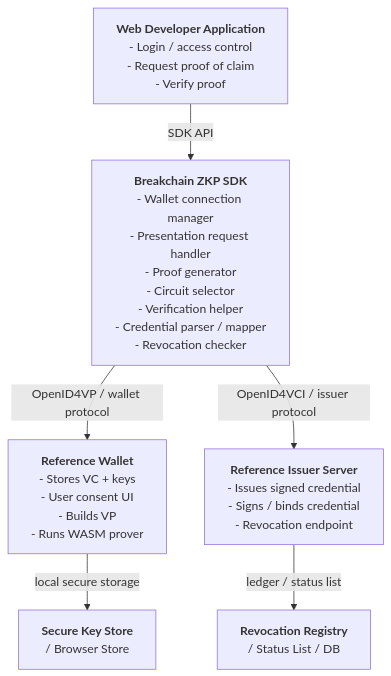
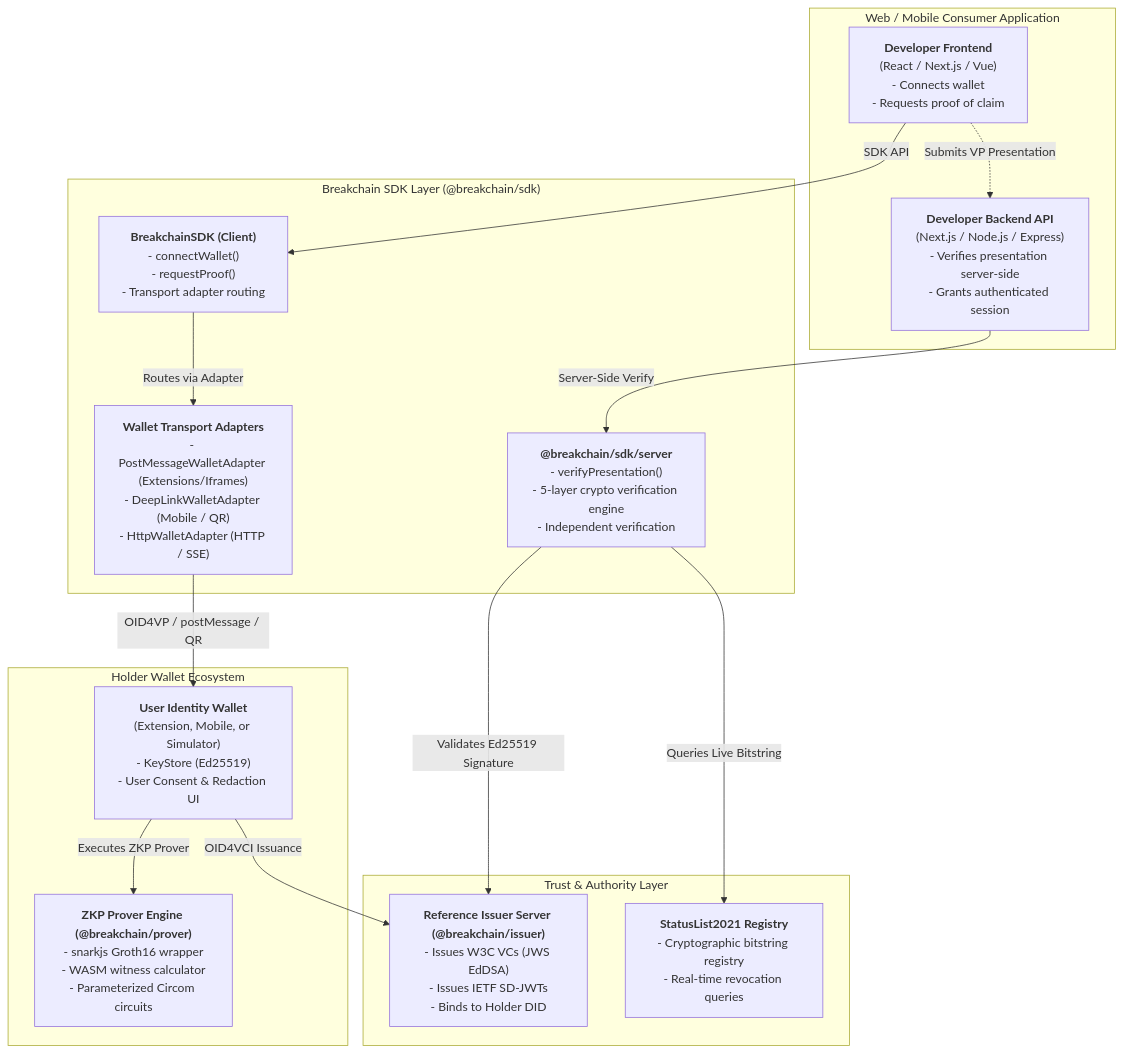
The diagram in docs/System Architecture.md (Knight-eGithub/BreakChain), drawn with Mermaid before and after one commit. The commit also changed other lines of this file and 13 other files, not shown here.

Commit message:
chore: migrate docs, add dx guide, and clean up architecture diagrams

````diff
--- a/docs/System Architecture.md
+++ b/docs/System Architecture.md
@@ -5,16 +10,35 @@
 ```mermaid
 graph TD
-    App["<b>Web Developer Application</b><br/>- Login / access control<br/>- Request proof of claim<br/>- Verify proof"]
-    SDK["<b>Breakchain ZKP SDK</b><br/>- Wallet connection manager<br/>- Presentation request handler<br/>- Proof generator<br/>- Circuit selector<br/>- Verification helper<br/>- Credential parser / mapper<br/>- Revocation checker"]
-    Wallet["<b>Reference Wallet</b><br/>- Stores VC + keys<br/>- User consent UI<br/>- Builds VP<br/>- Runs WASM prover"]
-    Issuer["<b>Reference Issuer Server</b><br/>- Issues signed credential<br/>- Signs / binds credential<br/>- Revocation endpoint"]
-    Store["<b>Secure Key Store</b><br/>/ Browser Store"]
-    Registry["<b>Revocation Registry</b><br/>/ Status List / DB"]
+    subgraph Consumer Application ["Web / Mobile Consumer Application"]
+        Frontend["<b>Developer Frontend</b><br/>(React / Next.js / Vue)<br/>- Connects wallet<br/>- Requests proof of claim"]
+        Backend["<b>Developer Backend API</b><br/>(Next.js / Node.js / Express)<br/>- Verifies presentation server-side<br/>- Grants authenticated session"]
+    end
 
-    App -- "SDK API" --> SDK
-    SDK -- "OpenID4VP / wallet protocol" --> Wallet
-    SDK -- "OpenID4VCI / issuer protocol" --> Issuer
-    Wallet -- "local secure storage" --> Store
-    Issuer -- "ledger / status list" --> Registry
+    subgraph SDK Layer ["Breakchain SDK Layer (@breakchain/sdk)"]
+        ClientSDK["<b>BreakchainSDK (Client)</b><br/>- connectWallet()<br/>- requestProof()<br/>- Transport adapter routing"]
+        ServerSDK["<b>@breakchain/sdk/server</b><br/>- verifyPresentation()<br/>- 5-layer crypto verification engine<br/>- Independent verification"]
+        Adapters["<b>Wallet Transport Adapters</b><br/>- PostMessageWalletAdapter (Extensions/Iframes)<br/>- DeepLinkWalletAdapter (Mobile / QR)<br/>- HttpWalletAdapter (HTTP / SSE)"]
+    end
 
+    subgraph Wallet Ecosystem ["Holder Wallet Ecosystem"]
+        WalletUI["<b>User Identity Wallet</b><br/>(Extension, Mobile, or Simulator)<br/>- KeyStore (Ed25519)<br/>- User Consent & Redaction UI"]
+        ProverEngine["<b>ZKP Prover Engine (@breakchain/prover)</b><br/>- snarkjs Groth16 wrapper<br/>- WASM witness calculator<br/>- Parameterized Circom circuits"]
+    end
+
+    subgraph Issuer Ecosystem ["Trust & Authority Layer"]
+        IssuerServer["<b>Reference Issuer Server (@breakchain/issuer)</b><br/>- Issues W3C VCs (JWS EdDSA)<br/>- Issues IETF SD-JWTs<br/>- Binds to Holder DID"]
+        RevocationReg["<b>StatusList2021 Registry</b><br/>- Cryptographic bitstring registry<br/>- Real-time revocation queries"]
+    end
+
+    %% Communication Flows
+    Frontend -->|SDK API| ClientSDK
+    ClientSDK -->|Routes via Adapter| Adapters
+    Adapters -->|OID4VP / postMessage / QR| WalletUI
+    WalletUI -->|Executes ZKP Prover| ProverEngine
+    WalletUI -->|OID4VCI Issuance| IssuerServer
+
+    Backend -->|Server-Side Verify| ServerSDK
+    ServerSDK -->|Validates Ed25519 Signature| IssuerServer
+    ServerSDK -->|Queries Live Bitstring| RevocationReg
+    Frontend -.->|Submits VP Presentation| Backend
 ```
````
